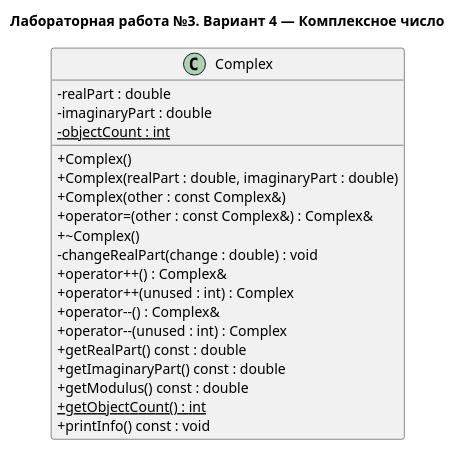
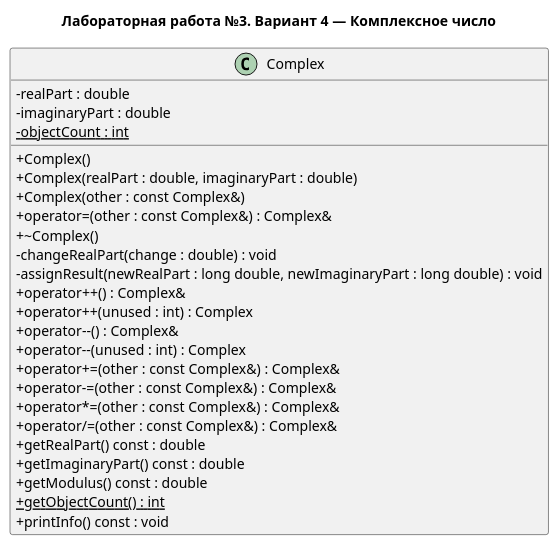
The diagram in uml/complex.puml (lnknwl/lab3), drawn with PlantUML before and after one commit. The commit also changed 8 other files, not shown here.

```diff
--- a/uml/complex.puml
+++ b/uml/complex.puml
@@ -1,26 +1,31 @@
 @startuml
 title Лабораторная работа №3. Вариант 4 — Комплексное число
 skinparam classAttributeIconSize 0
 
 class Complex {
     - realPart : double
     - imaginaryPart : double
     - {static} objectCount : int
     + Complex()
     + Complex(realPart : double, imaginaryPart : double)
     + Complex(other : const Complex&)
     + operator=(other : const Complex&) : Complex&
     + ~Complex()
     - changeRealPart(change : double) : void
+    - assignResult(newRealPart : long double, newImaginaryPart : long double) : void
     + operator++() : Complex&
     + operator++(unused : int) : Complex
     + operator--() : Complex&
     + operator--(unused : int) : Complex
+    + operator+=(other : const Complex&) : Complex&
+    + operator-=(other : const Complex&) : Complex&
+    + operator*=(other : const Complex&) : Complex&
+    + operator/=(other : const Complex&) : Complex&
     + getRealPart() const : double
     + getImaginaryPart() const : double
     + getModulus() const : double
     + {static} getObjectCount() : int
     + printInfo() const : void
 }
 
 @enduml
```
